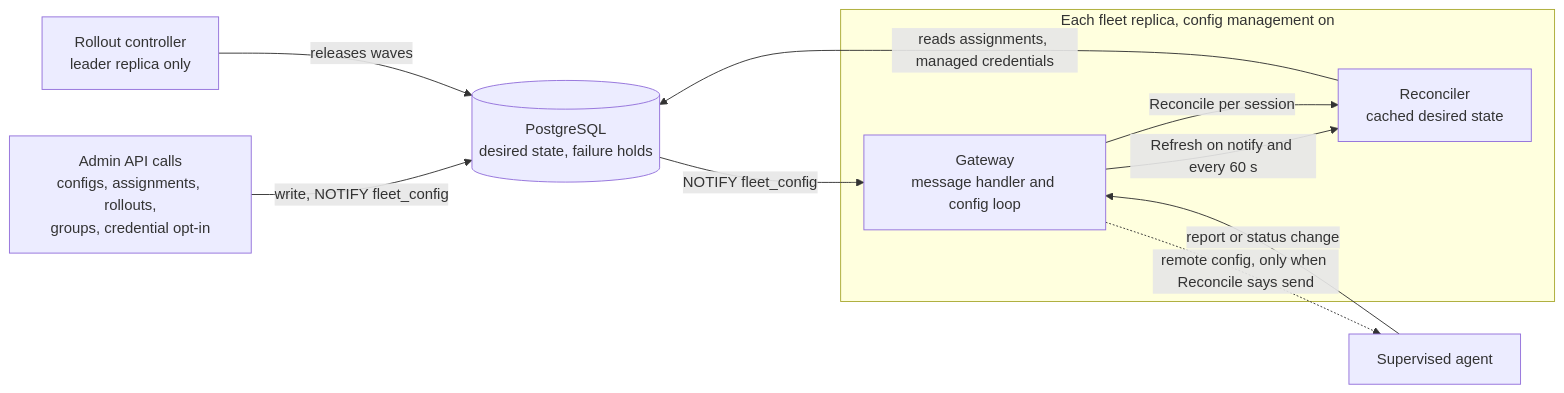
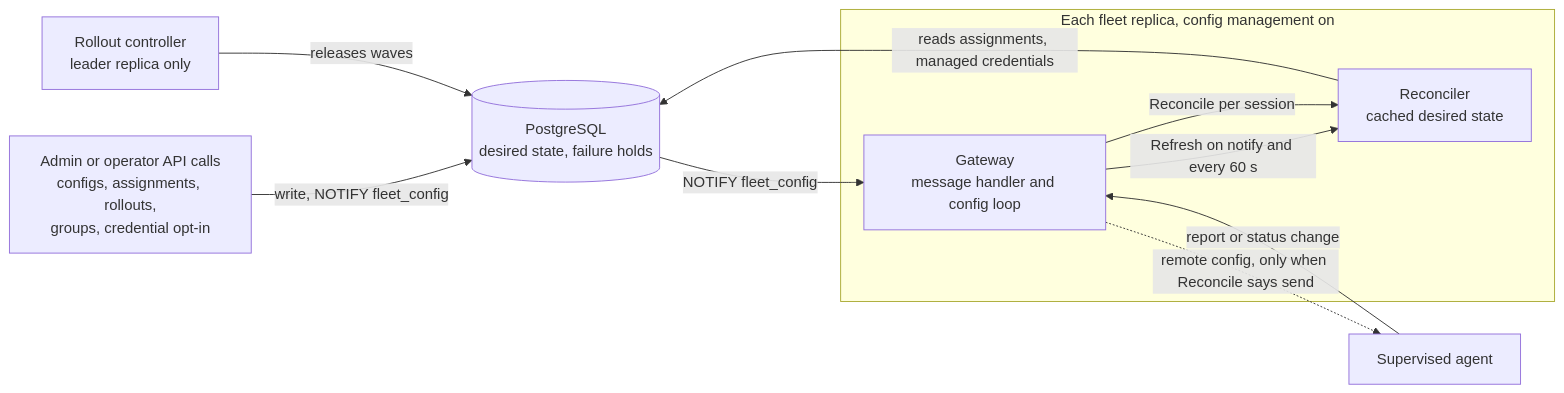
Before and after one commit to lineahq/linea: the first of 2 diagrams in docs/fleet/config-management.md, drawn with Mermaid. The commit also changed other lines of this file and 52 other files, not shown here.

````diff
--- a/docs/fleet/config-management.md
+++ b/docs/fleet/config-management.md
@@ -21,19 +21,19 @@
 ```mermaid
 flowchart LR
-  admin["Admin API calls<br/>configs, assignments, rollouts,<br/>groups, credential opt-in"]
+  admin["Admin or operator API calls<br/>configs, assignments, rollouts,<br/>groups, credential opt-in"]
   leader["Rollout controller<br/>leader replica only"]
   db[("PostgreSQL<br/>desired state, failure holds")]
   subgraph replica["Each fleet replica, config management on"]
     gw["Gateway<br/>message handler and config loop"]
     rec["Reconciler<br/>cached desired state"]
   end
   agent["Supervised agent"]
   admin -->|"write, NOTIFY fleet_config"| db
   leader -->|"releases waves"| db
   db -->|"NOTIFY fleet_config"| gw
   gw -->|"Refresh on notify and every 60 s"| rec
   rec -->|"reads assignments, managed credentials"| db
   agent -->|"report or status change"| gw
   gw -->|"Reconcile per session"| rec
   gw -.->|"remote config, only when Reconcile says send"| agent
 ```
````
